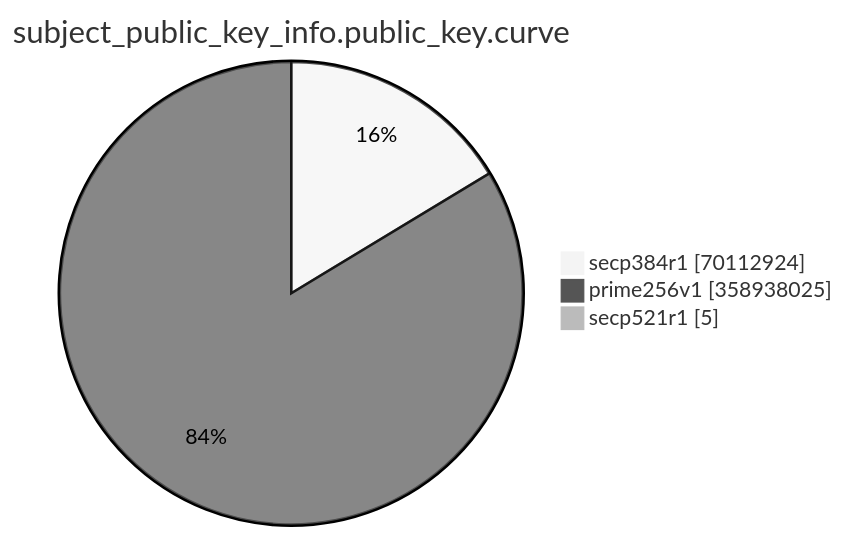
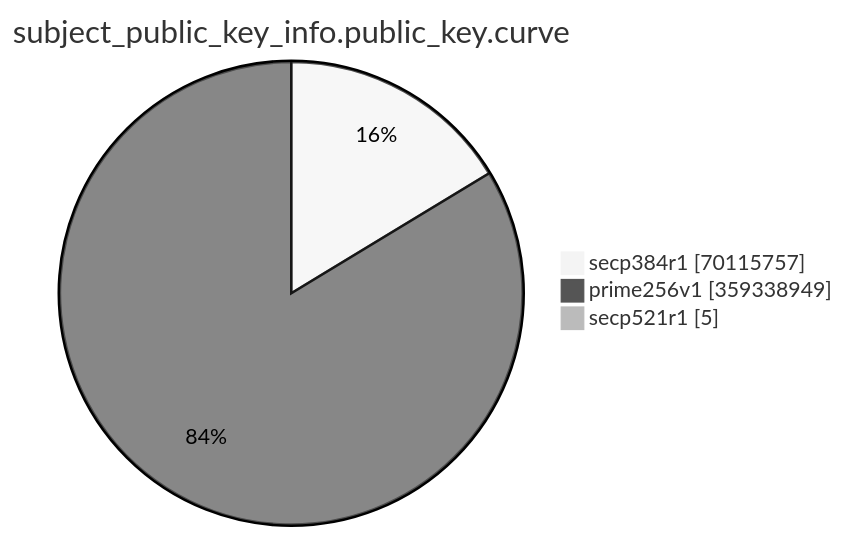
Before and after one commit to christiankrug/ctmonitor_visualization: the eighth of 15 diagrams in TOTAL/README.md, drawn with Mermaid (neutral theme). The commit also changed other lines of this file, not shown here.

````diff
--- a/TOTAL/README.md
+++ b/TOTAL/README.md
@@ -3083,7 +3085,7 @@
 ```mermaid
 pie showData
 title subject_public_key_info.public_key.curve
-"secp384r1" :70112924
-"prime256v1" :358938025
+"secp384r1" :70115757
+"prime256v1" :359338949
 "secp521r1" :5
 ```
````
